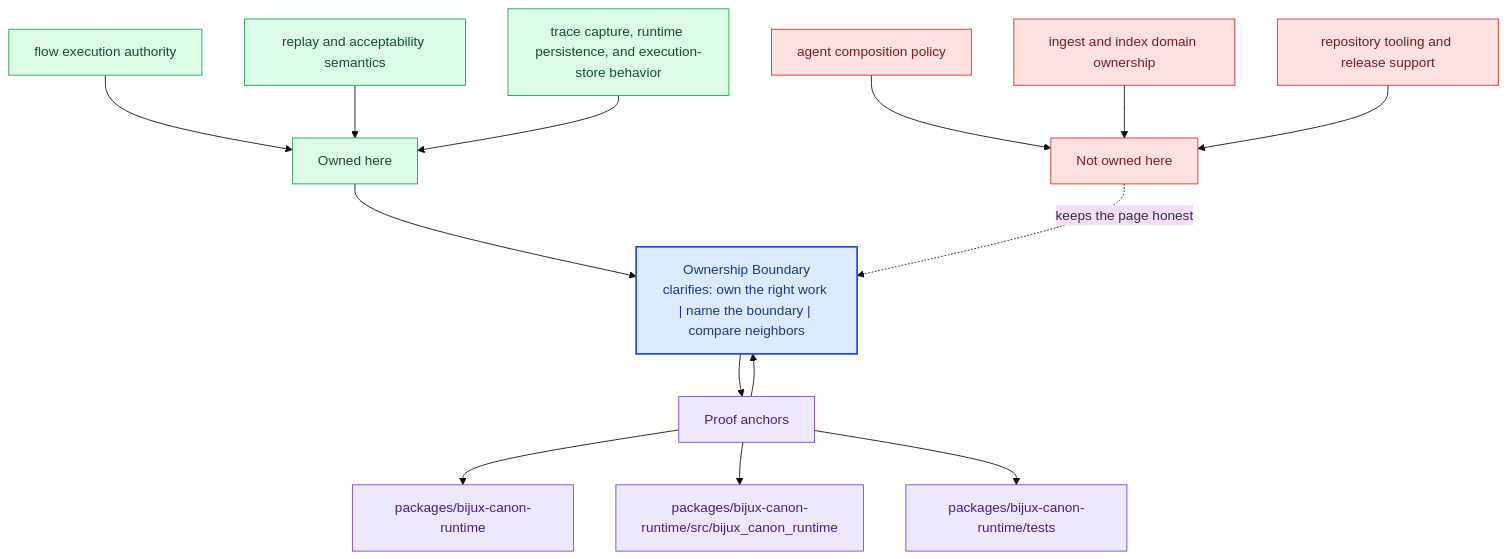
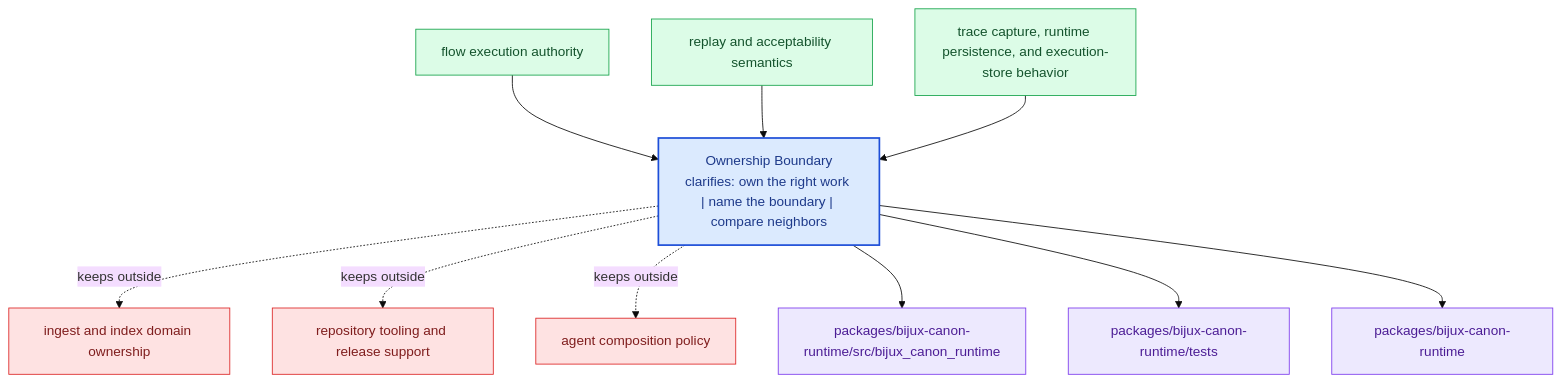
The diagram in docs/bijux-canon-runtime/foundation/ownership-boundary.md (bijux/bijux-canon), drawn with Mermaid (base theme) before and after one commit. The commit also changed other lines of this file and 281 other files, not shown here.

Commit message:
docs(diagrams): replace repeated mermaid scaffolds with page-specific summaries

````diff
--- a/docs/bijux-canon-runtime/foundation/ownership-boundary.md
+++ b/docs/bijux-canon-runtime/foundation/ownership-boundary.md
@@ -68,40 +23,31 @@
 ```mermaid
 flowchart TB
-    promise["Ownership Boundary<br/>clarifies: own the right work | name the boundary | compare neighbors"]
-    classDef promise fill:#dbeafe,stroke:#1d4ed8,color:#1e3a8a,stroke-width:2px;
-    classDef driver fill:#dcfce7,stroke:#16a34a,color:#14532d;
-    classDef constraint fill:#fee2e2,stroke:#dc2626,color:#7f1d1d;
-    classDef ground fill:#ede9fe,stroke:#7c3aed,color:#4c1d95;
-    focus1["Owned here"]
-    focus1 --> promise
-    focus1_1["flow execution authority"]
-    focus1_1 --> focus1
-    focus1_2["replay and acceptability semantics"]
-    focus1_2 --> focus1
-    focus1_3["trace capture, runtime persistence, and execution-store behavior"]
-    focus1_3 --> focus1
-    class focus1 driver;
-    class focus1_1,focus1_2,focus1_3 driver;
-    focus2["Not owned here"]
-    focus2 -.keeps the page honest.-> promise
-    focus2_1["agent composition policy"]
-    focus2_1 --> focus2
-    focus2_2["ingest and index domain ownership"]
-    focus2_2 --> focus2
-    focus2_3["repository tooling and release support"]
-    focus2_3 --> focus2
-    class focus2 constraint;
-    class focus2_1,focus2_2,focus2_3 constraint;
-    focus3["Proof anchors"]
-    focus3 --> promise
-    promise --> focus3
-    focus3_1["packages/bijux-canon-runtime"]
-    focus3 --> focus3_1
-    focus3_2["packages/bijux-canon-runtime/src/bijux_canon_runtime"]
-    focus3 --> focus3_2
-    focus3_3["packages/bijux-canon-runtime/tests"]
-    focus3 --> focus3_3
-    class focus3 ground;
-    class focus3_1,focus3_2,focus3_3 ground;
-    class promise promise;
+    page["Ownership Boundary<br/>clarifies: own the right work | name the boundary | compare neighbors"]
+    classDef page fill:#dbeafe,stroke:#1d4ed8,color:#1e3a8a,stroke-width:2px;
+    classDef positive fill:#dcfce7,stroke:#16a34a,color:#14532d;
+    classDef caution fill:#fee2e2,stroke:#dc2626,color:#7f1d1d;
+    classDef anchor fill:#ede9fe,stroke:#7c3aed,color:#4c1d95;
+    classDef action fill:#fef3c7,stroke:#d97706,color:#7c2d12;
+    own1["flow execution authority"]
+    own1 --> page
+    own2["replay and acceptability semantics"]
+    own2 --> page
+    own3["trace capture, runtime persistence, and execution-store behavior"]
+    own3 --> page
+    limit1["ingest and index domain ownership"]
+    page -.keeps outside.-> limit1
+    limit2["repository tooling and release support"]
+    page -.keeps outside.-> limit2
+    limit3["agent composition policy"]
+    page -.keeps outside.-> limit3
+    anchor1["packages/bijux-canon-runtime/src/bijux_canon_runtime"]
+    page --> anchor1
+    anchor2["packages/bijux-canon-runtime/tests"]
+    page --> anchor2
+    anchor3["packages/bijux-canon-runtime"]
+    page --> anchor3
+    class page page;
+    class own1,own2,own3 positive;
+    class limit1,limit2,limit3 caution;
+    class anchor1,anchor2,anchor3 anchor;
 ```
````
